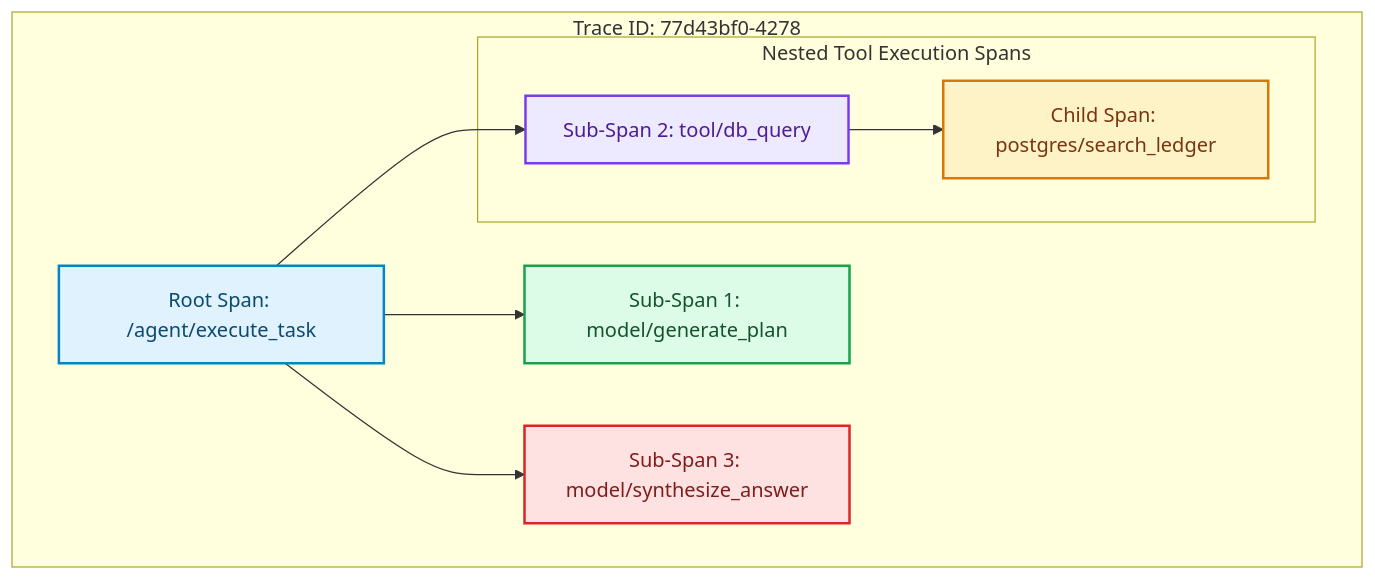
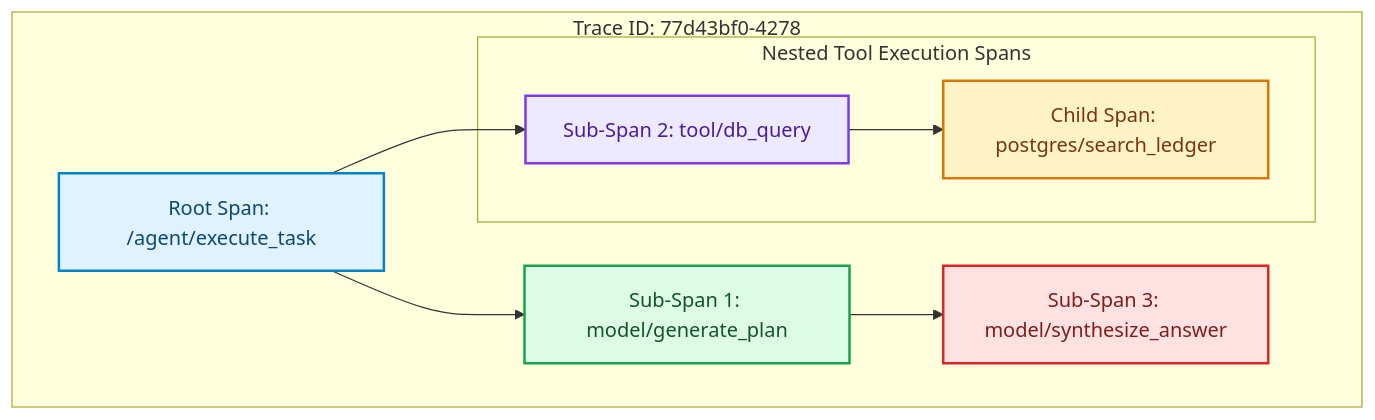
Before and after one commit to akmalkhaniub/akmalkhaniub.github.io: the diagram in blog/posts/semantic-latency-tracing-instrumenting-tool-chains-opentelemetry.md, drawn with Mermaid. The commit also changed other lines of this file and 894 other files, not shown here.

Commit message:
feat(blog): upgrade all 444 posts with unique staggered dates, 2-col Mermaid spines, benchmark tables, code blocks, and trade-offs

````diff
--- a/blog/posts/semantic-latency-tracing-instrumenting-tool-chains-opentelemetry.md
+++ b/blog/posts/semantic-latency-tracing-instrumenting-tool-chains-opentelemetry.md
@@ -19,24 +19,24 @@
 ```mermaid
 flowchart TD
   subgraph SG1_TraceId77d43bf0 ["Trace ID: 77d43bf0-4278"]
     A["Root Span: /agent/execute_task"] --> B["Sub-Span 1: model/generate_plan"]
     A --> C["Sub-Span 2: tool/db_query"]
     
     subgraph SG2_NestedToolExecution ["Nested Tool Execution Spans"]
       C --> D["Child Span: postgres/search_ledger"]
     end
     
-    A --> E["Sub-Span 3: model/synthesize_answer"]
+    B --> E["Sub-Span 3: model/synthesize_answer"]
   end
 
 classDef green fill:#dcfce7,stroke:#16a34a,stroke-width:2px,color:#14532d;
 classDef red fill:#fee2e2,stroke:#dc2626,stroke-width:2px,color:#7f1d1d;
 classDef blue fill:#e0f2fe,stroke:#0284c7,stroke-width:2px,color:#0c4a6e;
 classDef yellow fill:#fef3c7,stroke:#d97706,stroke-width:2px,color:#78350f;
 classDef purple fill:#ede9fe,stroke:#7c3aed,stroke-width:2px,color:#4c1d95;
 class A blue
 class B green
 class C purple
 class D yellow
 class E red
 ```
````
